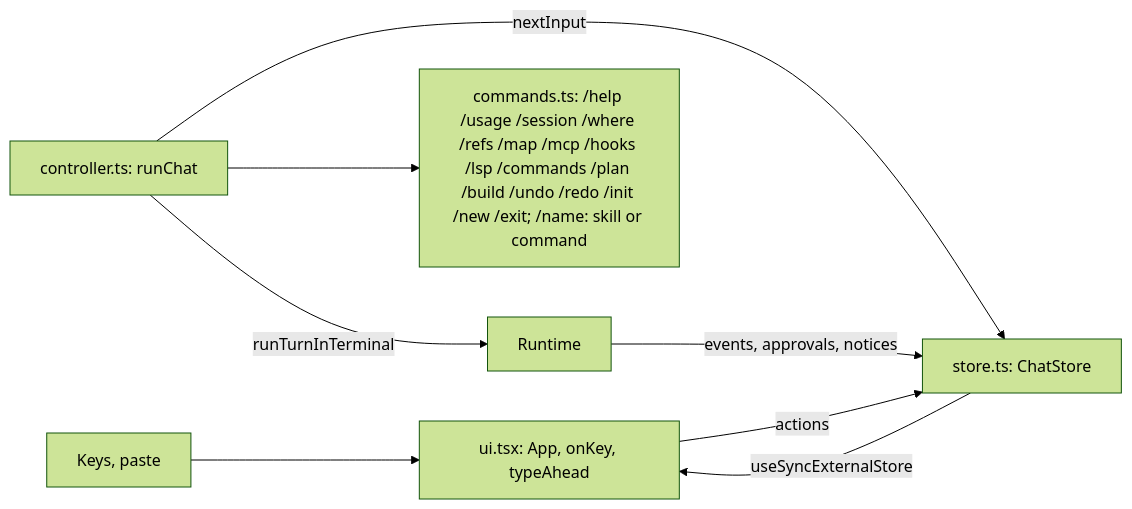
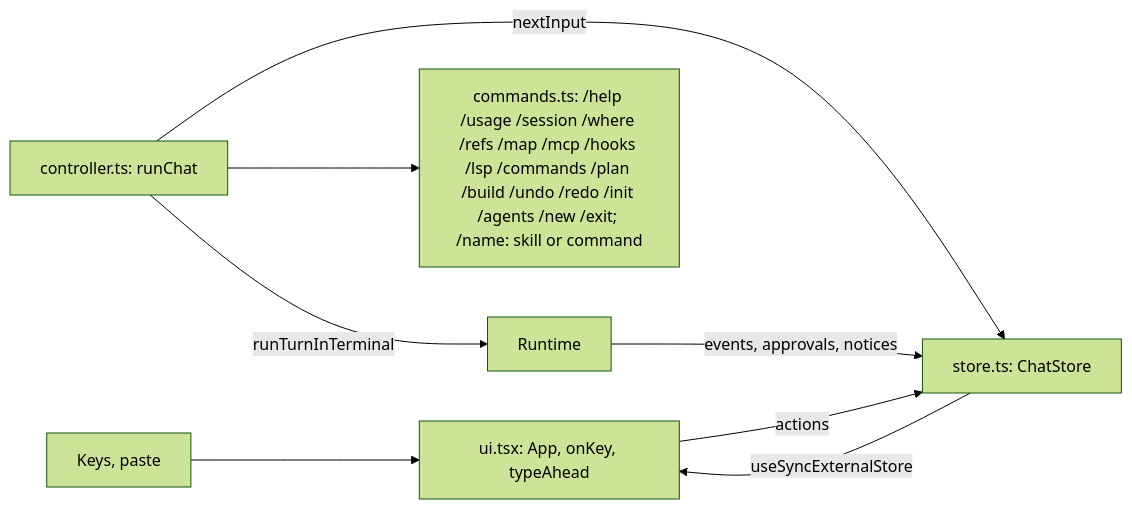
Before and after one commit to madhu-sv/garuda: the diagram in docs/lld/cli.md, drawn with Mermaid (forest theme). The commit also changed 28 other files, not shown here.

````diff
--- a/docs/lld/cli.md
+++ b/docs/lld/cli.md
@@ -108,10 +108,10 @@
 ```mermaid
 flowchart LR
   keys[Keys, paste] --> ui[ui.tsx: App, onKey, typeAhead]
   ui -->|actions| store[store.ts: ChatStore]
   store -->|useSyncExternalStore| ui
   ctrl[controller.ts: runChat] -->|nextInput| store
-  ctrl --> cmds[commands.ts: /help /usage /session /where /refs /map /mcp /hooks /lsp /commands /plan /build /undo /redo /init /new /exit; /name: skill or command]
+  ctrl --> cmds[commands.ts: /help /usage /session /where /refs /map /mcp /hooks /lsp /commands /plan /build /undo /redo /init /agents /new /exit; /name: skill or command]
   ctrl -->|runTurnInTerminal| rt[Runtime]
   rt -->|events, approvals, notices| store
 ```
````
